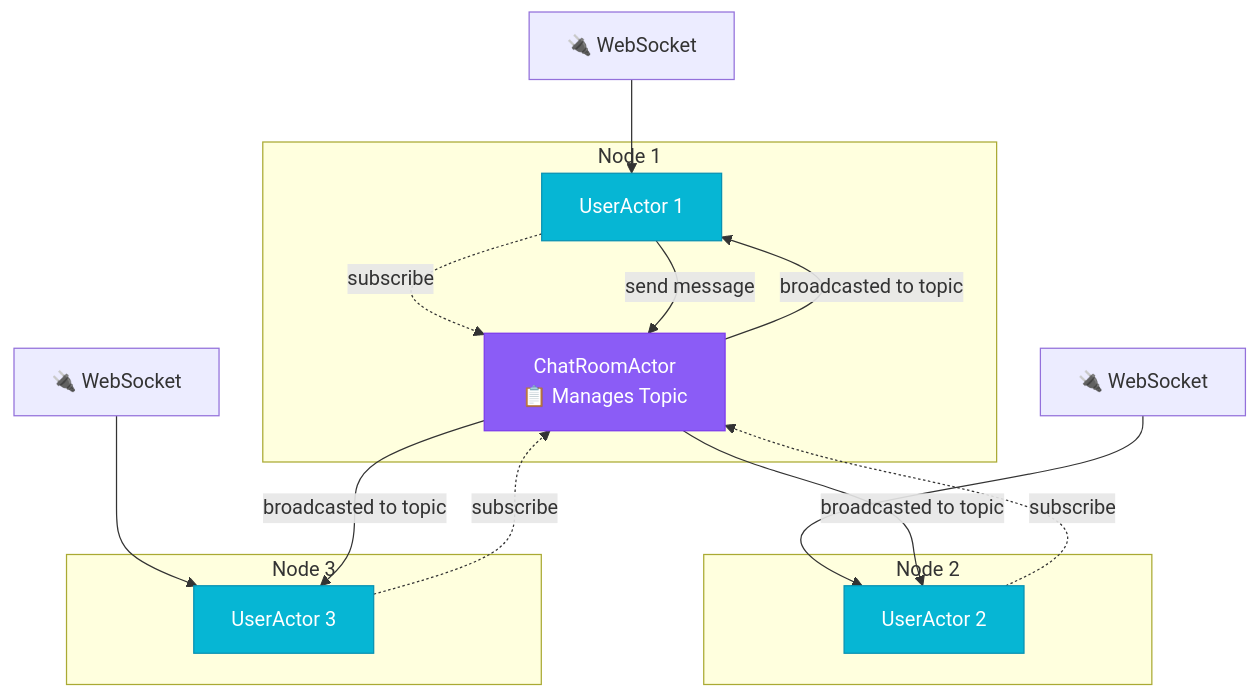
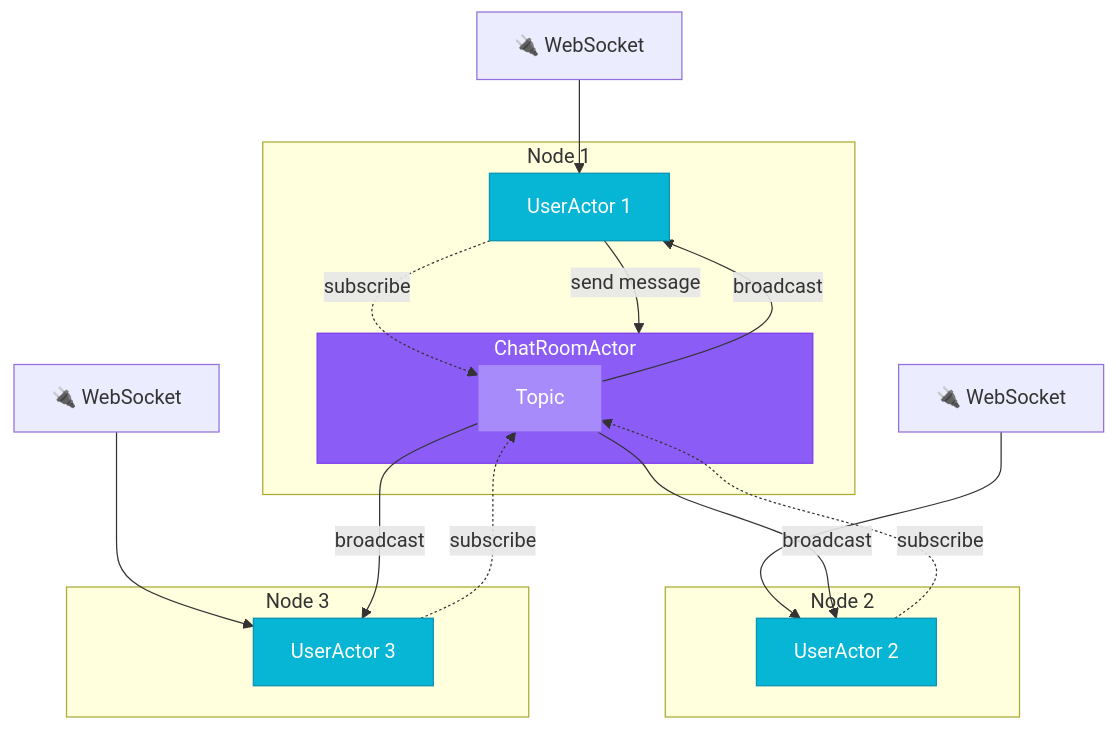
Before and after one commit to seonWKim/spring-boot-starter-actor: the diagram in example/chat/README.md, drawn with Mermaid.

Commit message:
Nit (#91)

````diff
--- a/example/chat/README.md
+++ b/example/chat/README.md
@@ -7,33 +7,36 @@
 ```mermaid
 graph TB
     subgraph "Node 1"
         U1[UserActor 1]
-        CR[ChatRoomActor<br/>📋 Manages Topic]
+        subgraph CR["ChatRoomActor"]
+            T[Topic]
+        end
     end
 
     subgraph "Node 2"
         U2[UserActor 2]
     end
 
     subgraph "Node 3"
         U3[UserActor 3]
     end
 
     WS1[🔌 WebSocket] --> U1
     WS2[🔌 WebSocket] --> U2
     WS3[🔌 WebSocket] --> U3
 
-    U1 -.->|subscribe| CR
-    U2 -.->|subscribe| CR
-    U3 -.->|subscribe| CR
+    U1 -.->|subscribe| T
+    U2 -.->|subscribe| T
+    U3 -.->|subscribe| T
 
     U1 -->|send message| CR
-    CR -->|broadcasted to topic| U1
-    CR -->|broadcasted to topic| U2
-    CR -->|broadcasted to topic| U3
+    T -->|broadcast| U1
+    T -->|broadcast| U2
+    T -->|broadcast| U3
 
     style CR fill:#8B5CF6,stroke:#7C3AED,color:#fff
+    style T fill:#A78BFA,stroke:#8B5CF6,color:#fff
     style U1 fill:#06B6D4,stroke:#0891B2,color:#fff
     style U2 fill:#06B6D4,stroke:#0891B2,color:#fff
     style U3 fill:#06B6D4,stroke:#0891B2,color:#fff
 ```
````
